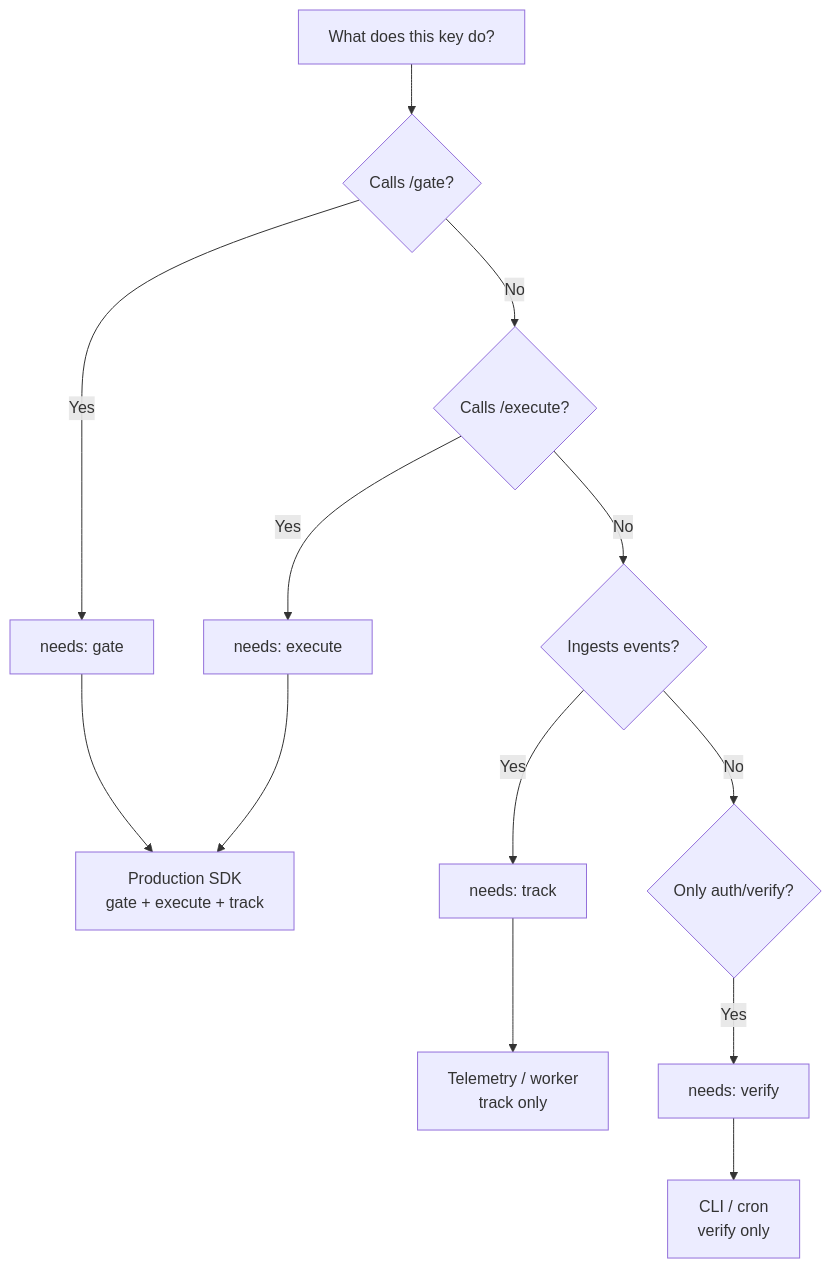
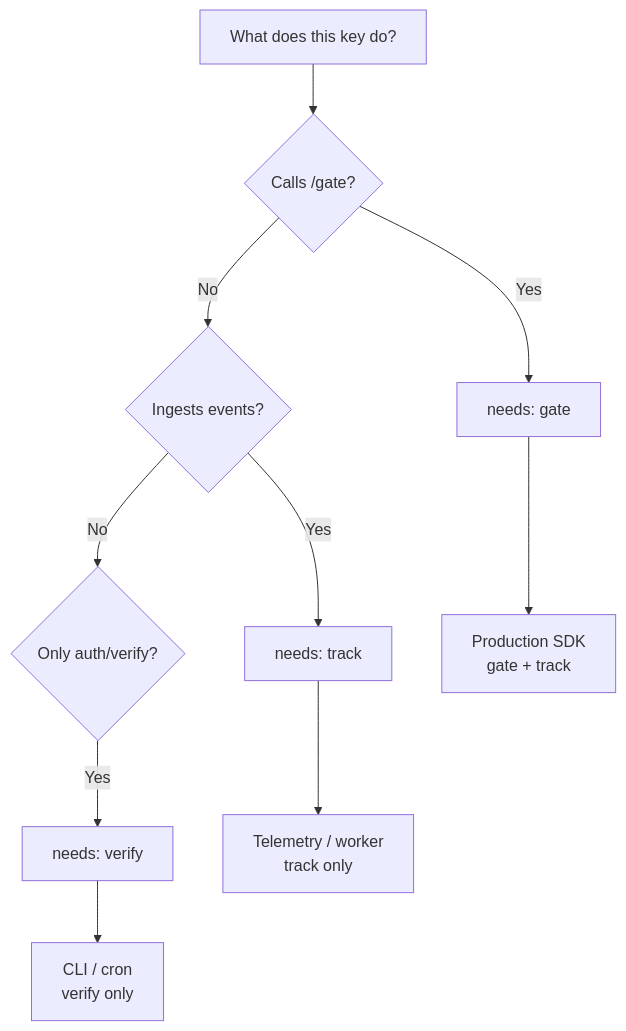
One commit to nullrunio/nullrun-docs changed the second of 3 diagrams in docs/concepts/api-keys.md. Above: the diagram before and after it, drawn with Mermaid. The commit also changed other lines of this file and 4 other files, not shown here.

````diff
--- a/docs/concepts/api-keys.md
+++ b/docs/concepts/api-keys.md
@@ -74,22 +83,18 @@
 ```mermaid
 flowchart TD
     A[What does this key do?]
     B{Calls /gate?}
-    C{Calls /execute?}
     D{Ingests events?}
     E{Only auth/verify?}
 
     A --> B
     B -->|Yes| G[needs: gate]
-    B -->|No| C
-    C -->|Yes| X[needs: execute]
-    C -->|No| D
+    B -->|No| D
     D -->|Yes| T[needs: track]
     D -->|No| E
     E -->|Yes| V[needs: verify]
 
-    G --> H[Production SDK<br/>gate + execute + track]
-    X --> H
+    G --> H[Production SDK<br/>gate + track]
     T --> I[Telemetry / worker<br/>track only]
     V --> J[CLI / cron<br/>verify only]
 ```
````
